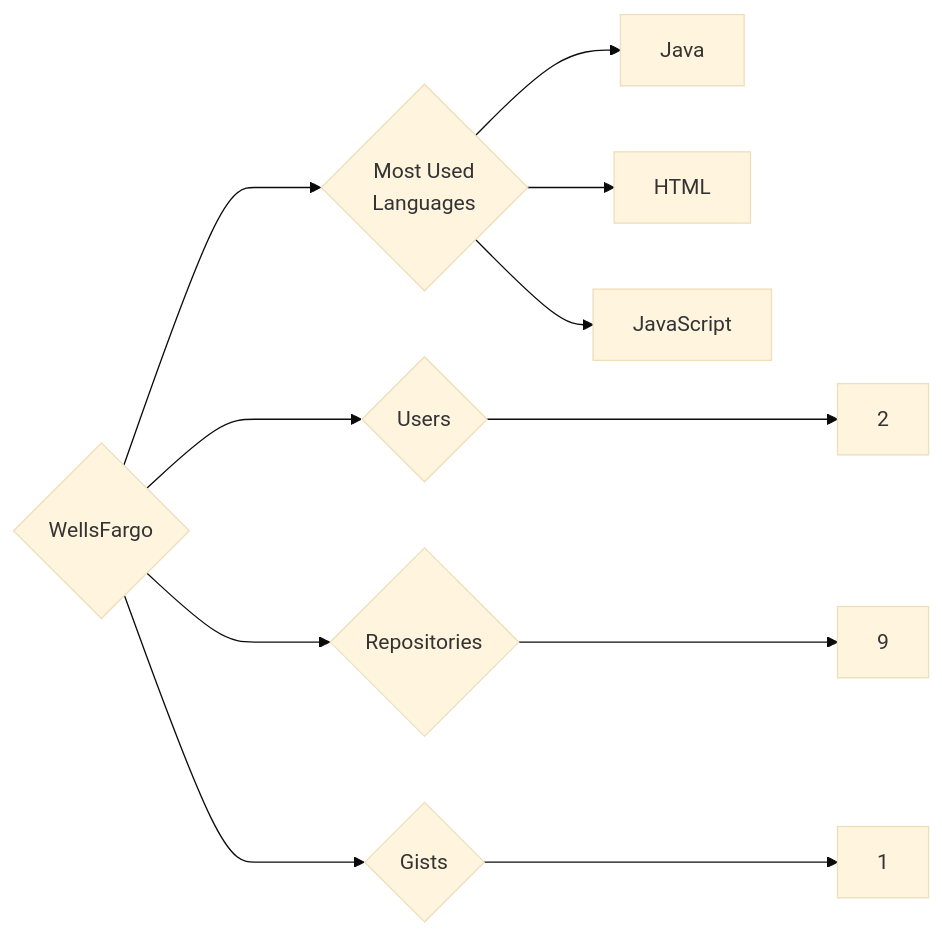
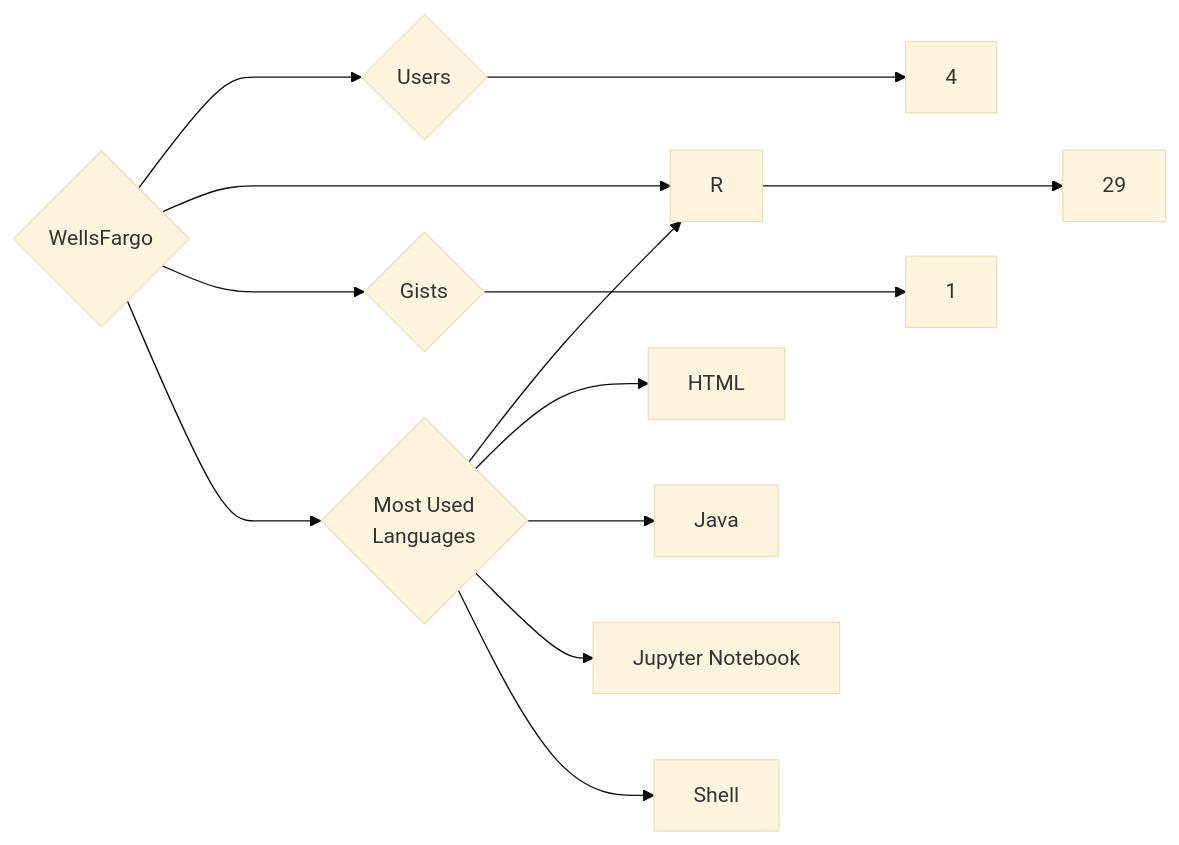
One commit to trickest/insiders changed the diagram in targets/WellsFargo/README.md. Above: the diagram before and after it, drawn with Mermaid (base theme). The commit also changed 839 other files, not shown here.

````diff
--- a/targets/WellsFargo/README.md
+++ b/targets/WellsFargo/README.md
@@ -3,11 +3,13 @@
 ```mermaid
 graph LR
 COMPANY_NAME{WellsFargo}
-COMPANY_NAME ---> U{Users} ---> UN[2]
-COMPANY_NAME ---> R{Repositories} ---> RN[9]
+COMPANY_NAME ---> U{Users} ---> UN[4]
+COMPANY_NAME ---> R{Repositories} ---> RN[29]
 COMPANY_NAME ---> G{Gists} ---> GN[1]
 COMPANY_NAME ---> ML{Most Used<br>Languages}
+ML --> R[R]
+ML --> HTML[HTML]
 ML --> Java[Java]
-ML --> HTML[HTML]
-ML --> JavaScript[JavaScript]
+ML --> Jupyter_Notebook[Jupyter Notebook]
+ML --> Shell[Shell]
 ```
````
